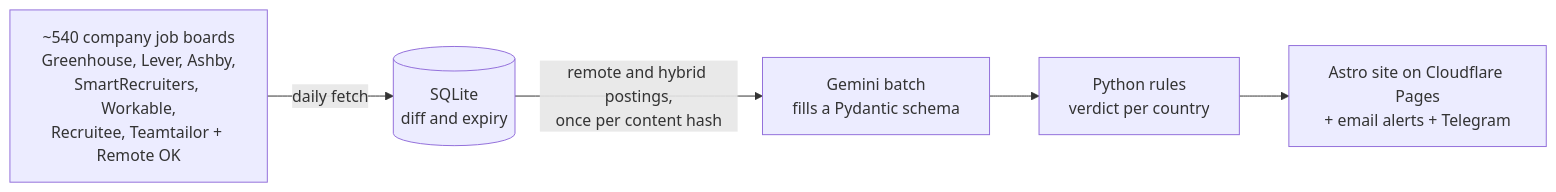
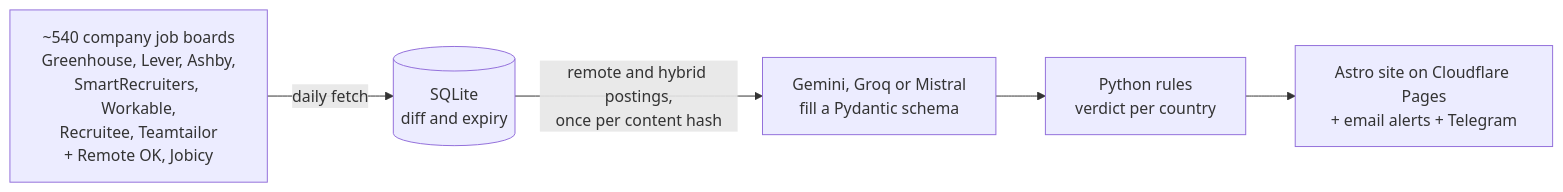
One commit to AymenJeddou/hireshere changed the diagram in README.md. Above: the diagram before and after it, drawn with Mermaid. The commit also changed other lines of this file, not shown here.

Commit message:
README: Jobicy, free-tier classifiers, i18n check

````diff
--- a/README.md
+++ b/README.md
@@ -15,7 +15,7 @@
 ```mermaid
 flowchart LR
-  A["~540 company job boards<br/>Greenhouse, Lever, Ashby,<br/>SmartRecruiters, Workable,<br/>Recruitee, Teamtailor + Remote OK"] -->|daily fetch| B[(SQLite<br/>diff and expiry)]
-  B -->|remote and hybrid postings,<br/>once per content hash| C["Gemini batch<br/>fills a Pydantic schema"]
+  A["~540 company job boards<br/>Greenhouse, Lever, Ashby,<br/>SmartRecruiters, Workable,<br/>Recruitee, Teamtailor<br/>+ Remote OK, Jobicy"] -->|daily fetch| B[(SQLite<br/>diff and expiry)]
+  B -->|remote and hybrid postings,<br/>once per content hash| C["Gemini, Groq or Mistral<br/>fill a Pydantic schema"]
   C --> D["Python rules<br/>verdict per country"]
   D --> E["Astro site on Cloudflare Pages<br/>+ email alerts + Telegram"]
 ```
````
